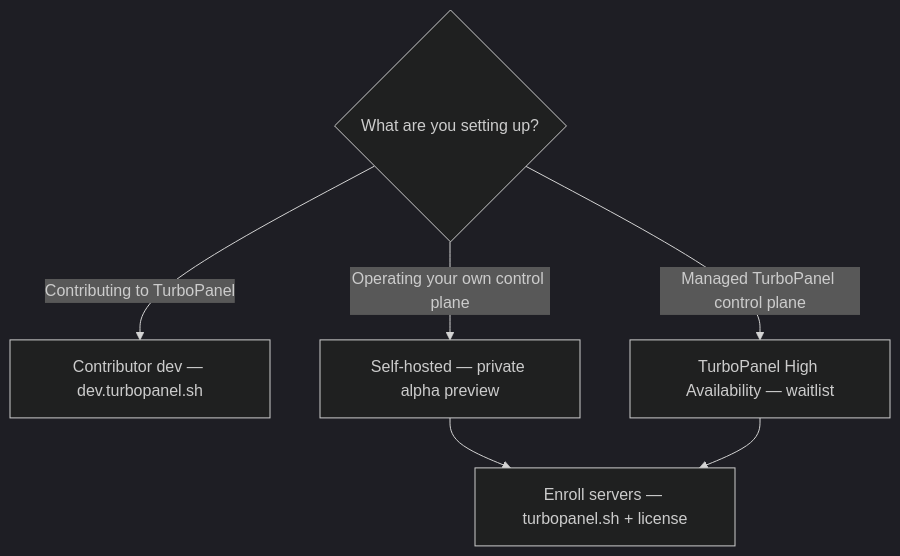
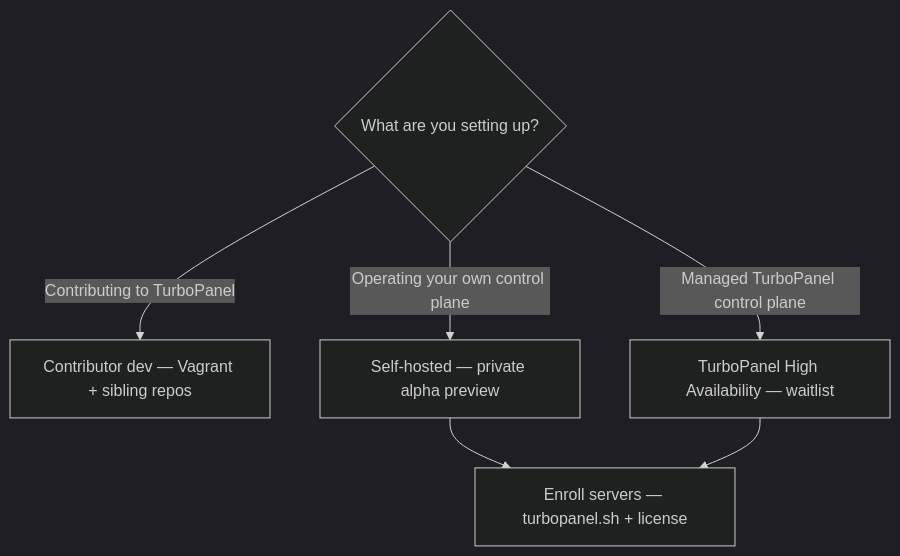
The diagram in docs/getting-started/installation.mdx (TurboPanel/website), drawn with Mermaid (dark theme) before and after one commit. The commit also changed other lines of this file and 9 other files, not shown here.

First line of the commit message:
Update TurboPanel documentation for Vagrant-based development setup

````diff
--- a/docs/getting-started/installation.mdx
+++ b/docs/getting-started/installation.mdx
@@ -10,9 +10,9 @@
 ```mermaid title="TurboPanel installation path decision"
 flowchart TD
     Q{What are you setting up?}
-    Q -->|Contributing to TurboPanel| Dev[Contributor dev — dev.turbopanel.sh]
+    Q -->|Contributing to TurboPanel| Dev[Contributor dev — Vagrant + sibling repos]
     Q -->|Operating your own control plane| Self[Self-hosted — private alpha preview]
     Q -->|Managed TurboPanel control plane| HA[TurboPanel High Availability — waitlist]
     Self --> Nodes[Enroll servers — turbopanel.sh + license]
     HA --> Nodes
 ```
````
